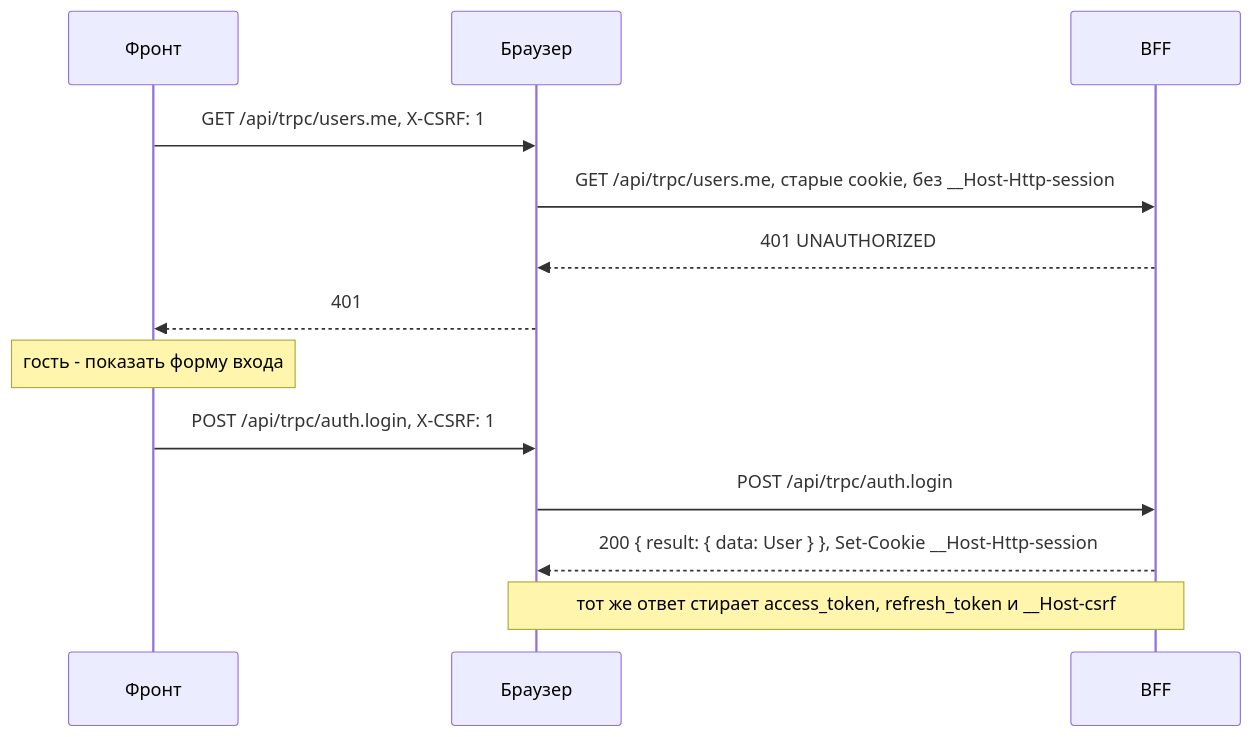
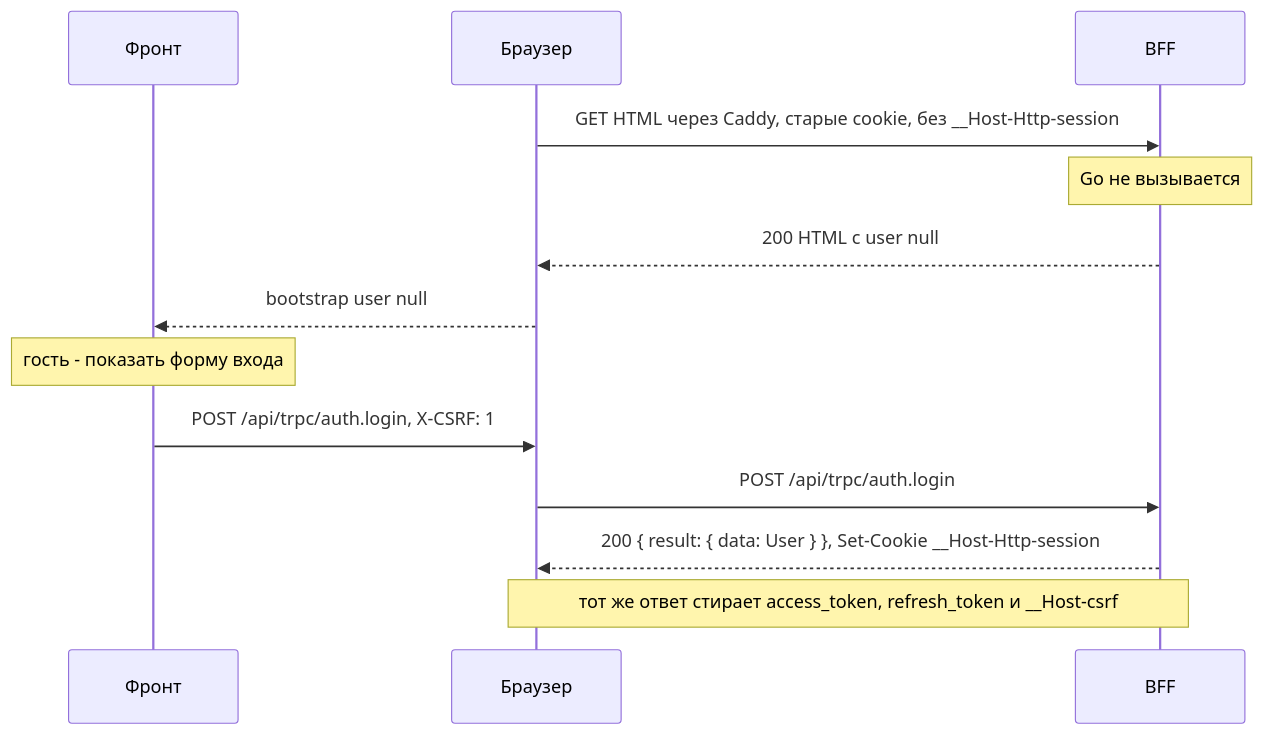
One commit to Cringe-Driven-Development-Team/docs changed the tenth of 10 diagrams in site/modules/2/tracks/bff/auth.md. Above: the diagram before and after it, drawn with Mermaid. The commit also changed other lines of this file and 6 other files, not shown here.

````diff
--- a/site/modules/2/tracks/bff/auth.md
+++ b/site/modules/2/tracks/bff/auth.md
@@ -360,15 +381,15 @@
 ```mermaid
 sequenceDiagram
   participant F as Фронт
   participant B as Браузер
   participant P as BFF
-  F->>B: GET /api/trpc/users.me, X-CSRF: 1
-  B->>P: GET /api/trpc/users.me, старые cookie, без __Host-Http-session
-  P-->>B: 401 UNAUTHORIZED
-  B-->>F: 401
+  B->>P: GET HTML через Caddy, старые cookie, без __Host-Http-session
+  Note over P: Go не вызывается
+  P-->>B: 200 HTML с user null
+  B-->>F: bootstrap user null
   Note over F: гость - показать форму входа
   F->>B: POST /api/trpc/auth.login, X-CSRF: 1
   B->>P: POST /api/trpc/auth.login
   P-->>B: 200 { result: { data: User } }, Set-Cookie __Host-Http-session
   Note over P,B: тот же ответ стирает access_token, refresh_token и __Host-csrf
 ```
````
